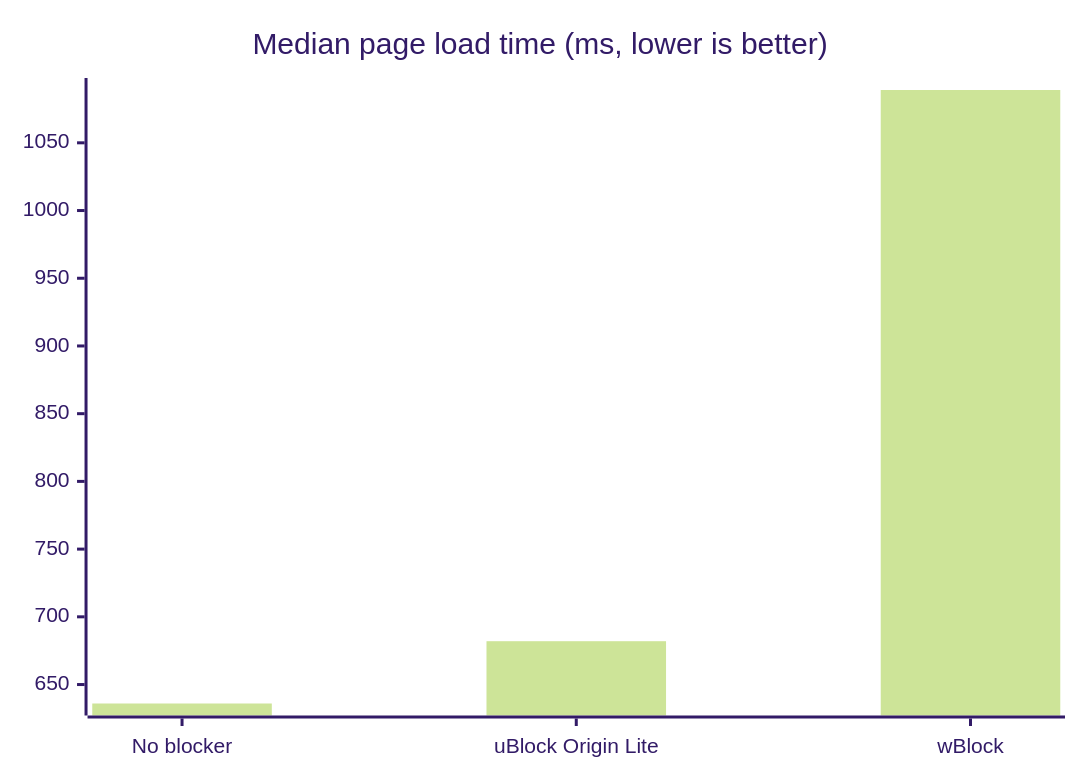
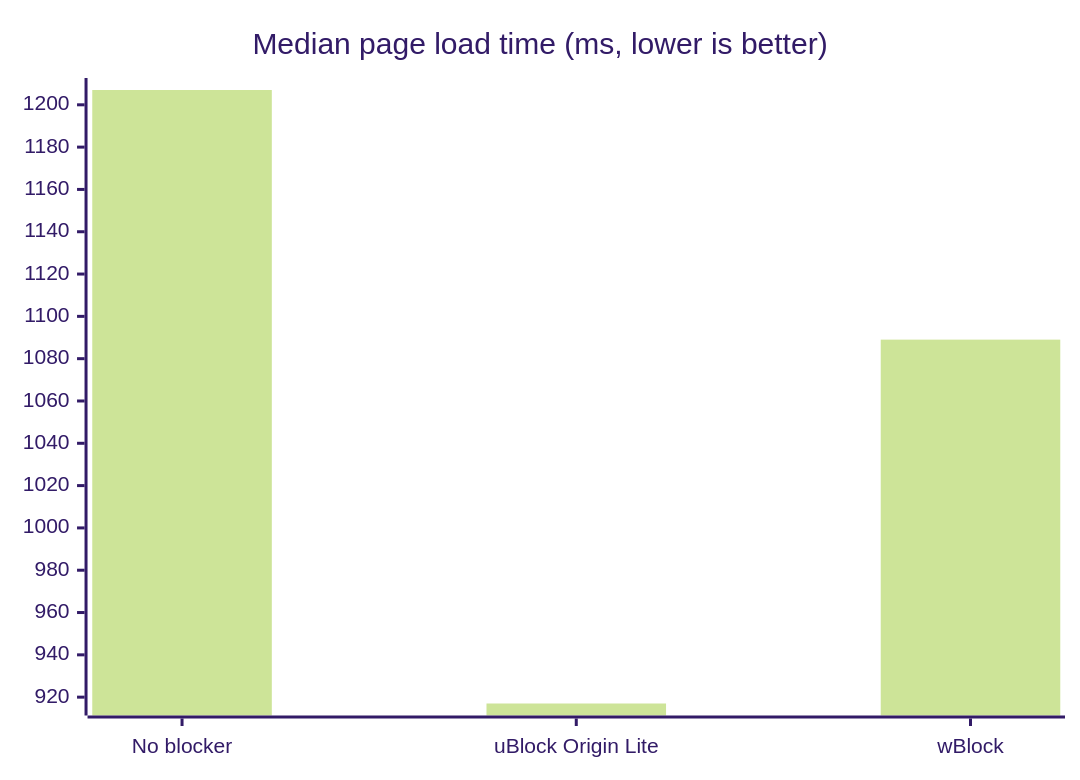
The second of 2 diagrams in README.md (btecu/safari-ad), drawn with Mermaid (forest theme) before and after one commit. The commit also changed other lines of this file and 42 other files, not shown here.

````diff
--- a/README.md
+++ b/README.md
@@ -60,6 +61,6 @@
 ```mermaid
 xychart-beta
   title "Median page load time (ms, lower is better)"
   x-axis ["No blocker", "uBlock Origin Lite", "wBlock"]
-  bar [636, 682, 1089]
+  bar [1207, 917, 1089]
 ```
````
